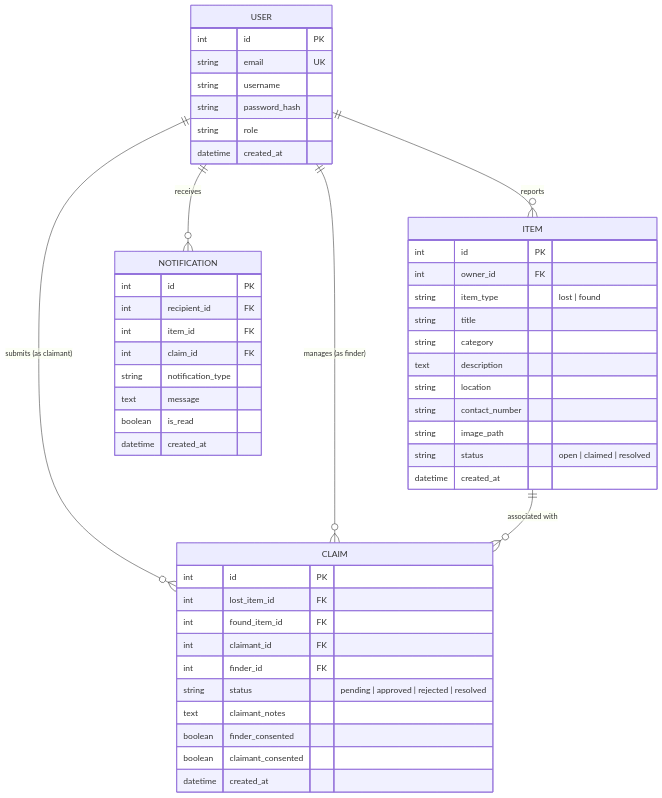
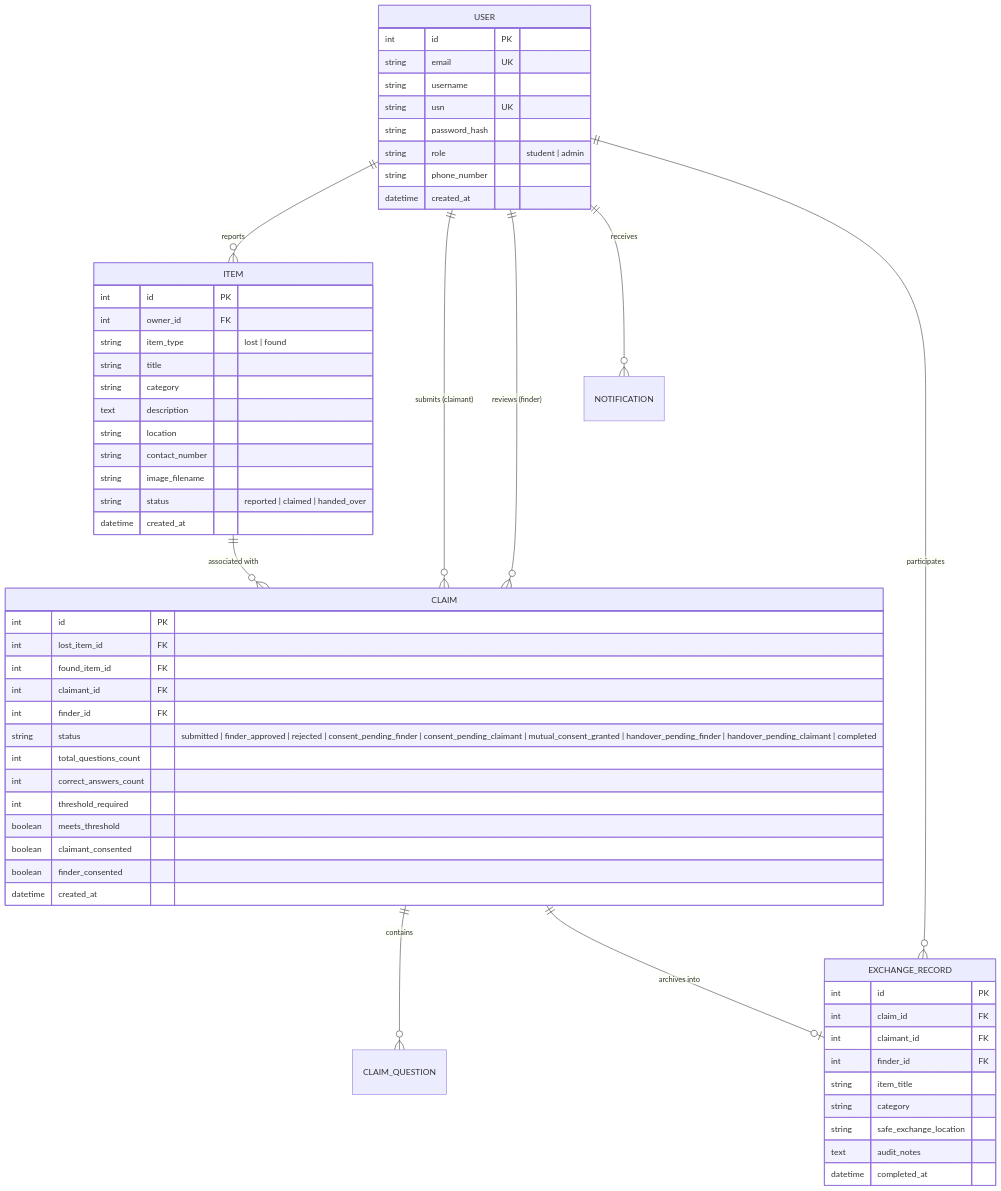
The third of 3 diagrams in docs/ARCHITECTURE.md (2025csharshswamic-sketch/DEVOPS-LAB), drawn with Mermaid before and after one commit. The commit also changed other lines of this file and 2 other files, not shown here.

Commit message:
docs(boomerang): update architecture, containerization, and test metrics to match upstream

````diff
--- a/docs/ARCHITECTURE.md
+++ b/docs/ARCHITECTURE.md
@@ -99,55 +119,64 @@
 ```mermaid
 erDiagram
     USER ||--o{ ITEM : "reports"
-    USER ||--o{ CLAIM : "submits (as claimant)"
-    USER ||--o{ CLAIM : "manages (as finder)"
+    USER ||--o{ CLAIM : "submits (claimant)"
+    USER ||--o{ CLAIM : "reviews (finder)"
     USER ||--o{ NOTIFICATION : "receives"
+    USER ||--o{ EXCHANGE_RECORD : "participates"
     ITEM ||--o{ CLAIM : "associated with"
+    CLAIM ||--o{ CLAIM_QUESTION : "contains"
+    CLAIM ||--o| EXCHANGE_RECORD : "archives into"
     
     USER {
         int id PK
         string email UK
         string username
+        string usn UK
         string password_hash
-        string role
+        string role "student | admin"
+        string phone_number
         datetime created_at
     }
 
     ITEM {
         int id PK
         int owner_id FK
         string item_type "lost | found"
         string title
         string category
         text description
         string location
         string contact_number
-        string image_path
-        string status "open | claimed | resolved"
+        string image_filename
+        string status "reported | claimed | handed_over"
         datetime created_at
     }
 
     CLAIM {
         int id PK
         int lost_item_id FK
         int found_item_id FK
         int claimant_id FK
         int finder_id FK
-        string status "pending | approved | rejected | resolved"
-        text claimant_notes
+        string status "submitted | finder_approved | rejected | consent_pending_finder | consent_pending_claimant | mutual_consent_granted | handover_pending_finder | handover_pending_claimant | completed"
+        int total_questions_count
+        int correct_answers_count
+        int threshold_required
+        boolean meets_threshold
+        boolean claimant_consented
         boolean finder_consented
-        boolean claimant_consented
         datetime created_at
     }
 
-    NOTIFICATION {
+    EXCHANGE_RECORD {
         int id PK
-        int recipient_id FK
-        int item_id FK
         int claim_id FK
-        string notification_type
-        text message
-        boolean is_read
-        datetime created_at
+        int claimant_id FK
+        int finder_id FK
+        string item_title
+        string category
+        string safe_exchange_location
+        text audit_notes
+        datetime completed_at
     }
 ```
````
